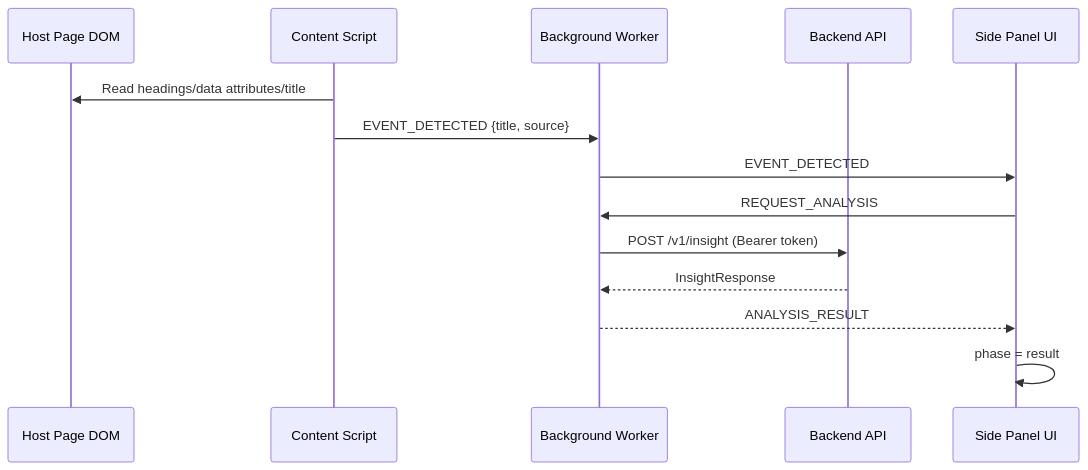
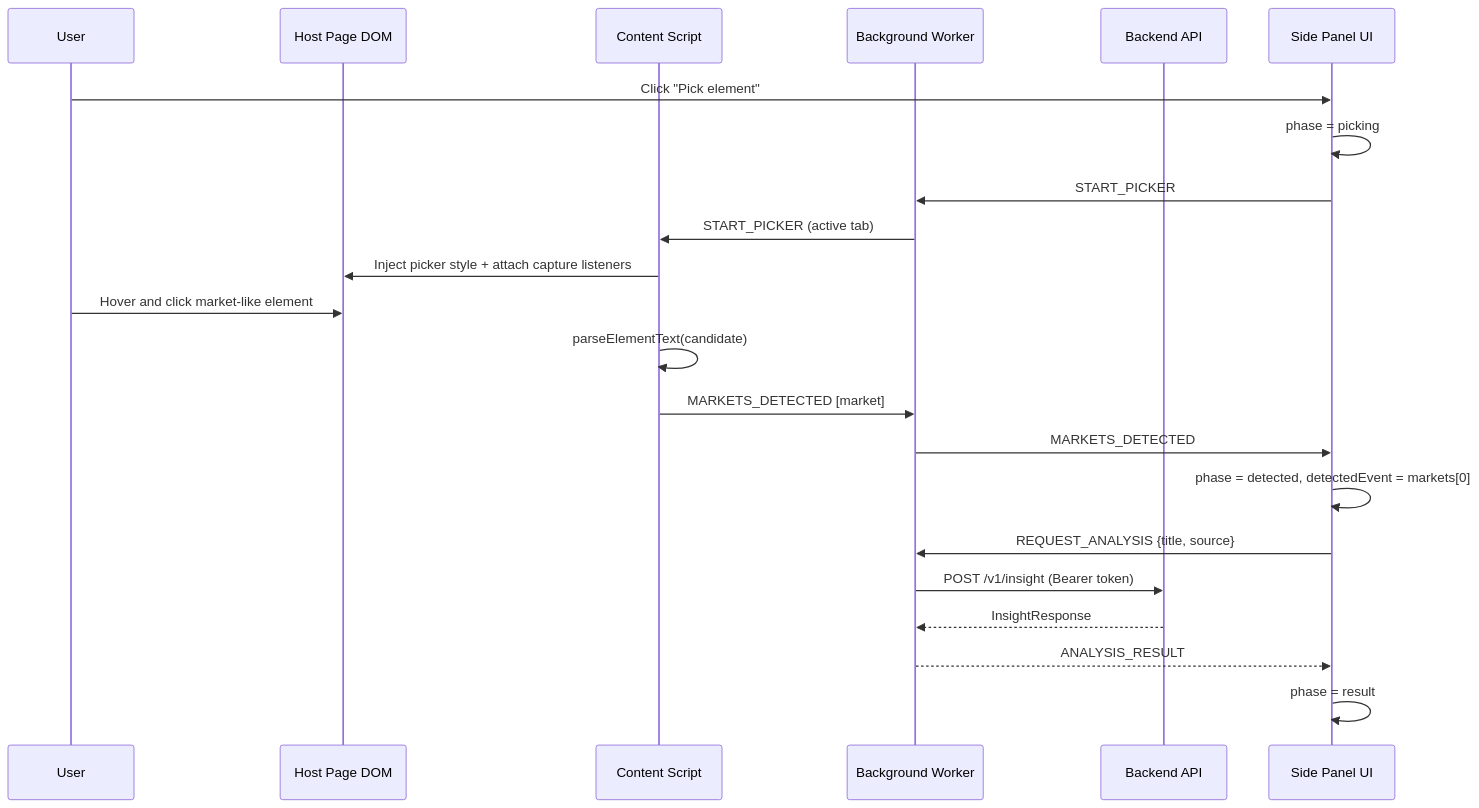
The first of 4 diagrams in docs/data-flow.md (shubhamINT/iqinsyt_frontend_extension), drawn with Mermaid before and after one commit. The commit also changed other lines of this file and 21 other files, not shown here.

````diff
--- a/docs/data-flow.md
+++ b/docs/data-flow.md
@@ -5,17 +5,25 @@
 ```mermaid
 sequenceDiagram
+  participant User as User
   participant Page as Host Page DOM
   participant Content as Content Script
   participant BG as Background Worker
   participant API as Backend API
   participant Panel as Side Panel UI
 
-  Content->>Page: Read headings/data attributes/title
-  Content->>BG: EVENT_DETECTED {title, source}
-  BG->>Panel: EVENT_DETECTED
-  Panel->>BG: REQUEST_ANALYSIS
+  User->>Panel: Click "Pick element"
+  Panel->>Panel: phase = picking
+  Panel->>BG: START_PICKER
+  BG->>Content: START_PICKER (active tab)
+  Content->>Page: Inject picker style + attach capture listeners
+  User->>Page: Hover and click market-like element
+  Content->>Content: parseElementText(candidate)
+  Content->>BG: MARKETS_DETECTED [market]
+  BG->>Panel: MARKETS_DETECTED
+  Panel->>Panel: phase = detected, detectedEvent = markets[0]
+  Panel->>BG: REQUEST_ANALYSIS {title, source}
   BG->>API: POST /v1/insight (Bearer token)
   API-->>BG: InsightResponse
   BG-->>Panel: ANALYSIS_RESULT
   Panel->>Panel: phase = result
 ```
````
